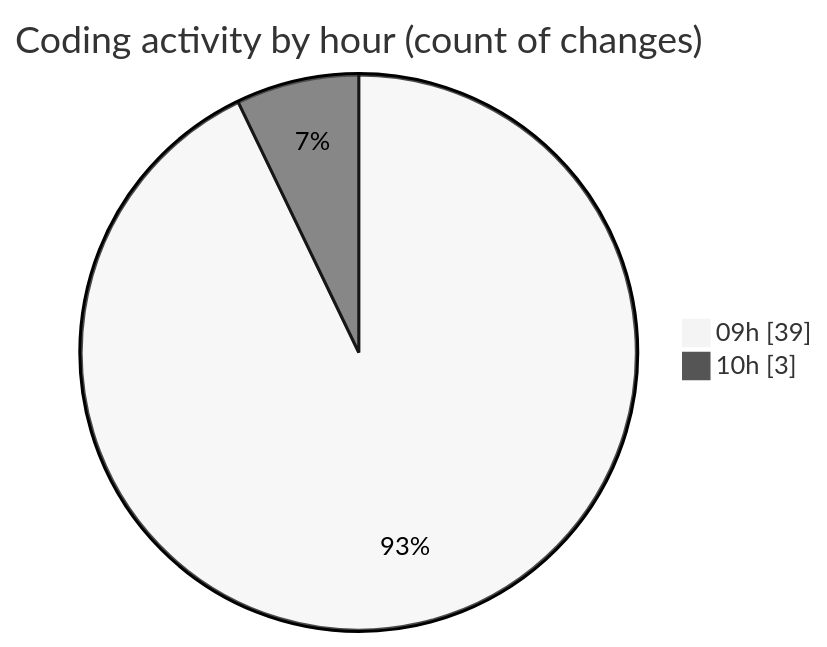
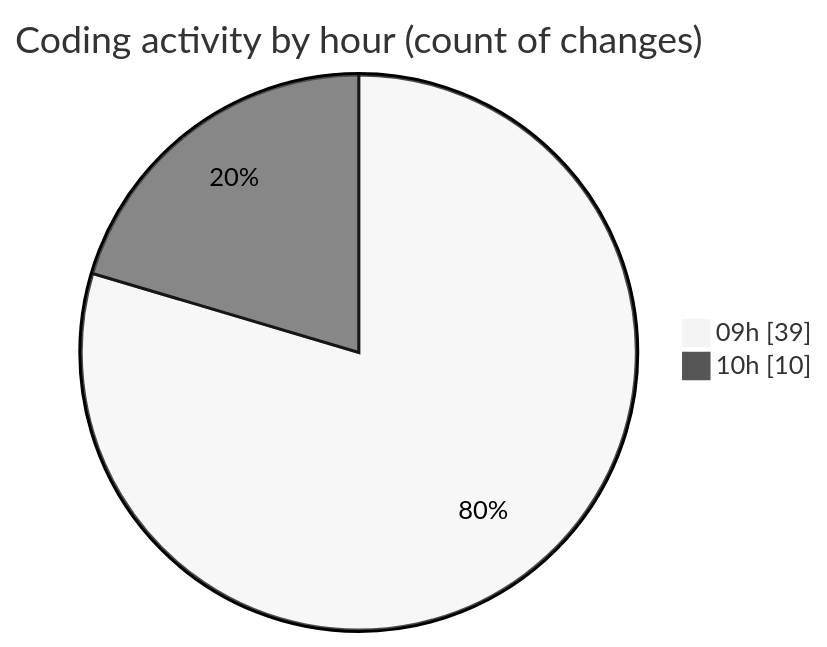
The second of 2 diagrams in 2026-01-12/cda/README.md (momahboobian/code-tracking), drawn with Mermaid (neutral theme) before and after one commit. The commit also changed other lines of this file and 1 other file, not shown here.

````diff
--- a/2026-01-12/cda/README.md
+++ b/2026-01-12/cda/README.md
@@ -36,6 +37,6 @@
 ```mermaid
 pie showData
 title Coding activity by hour (count of changes)
 "09h" : 39
-"10h" : 3
+"10h" : 10
 ```
````
